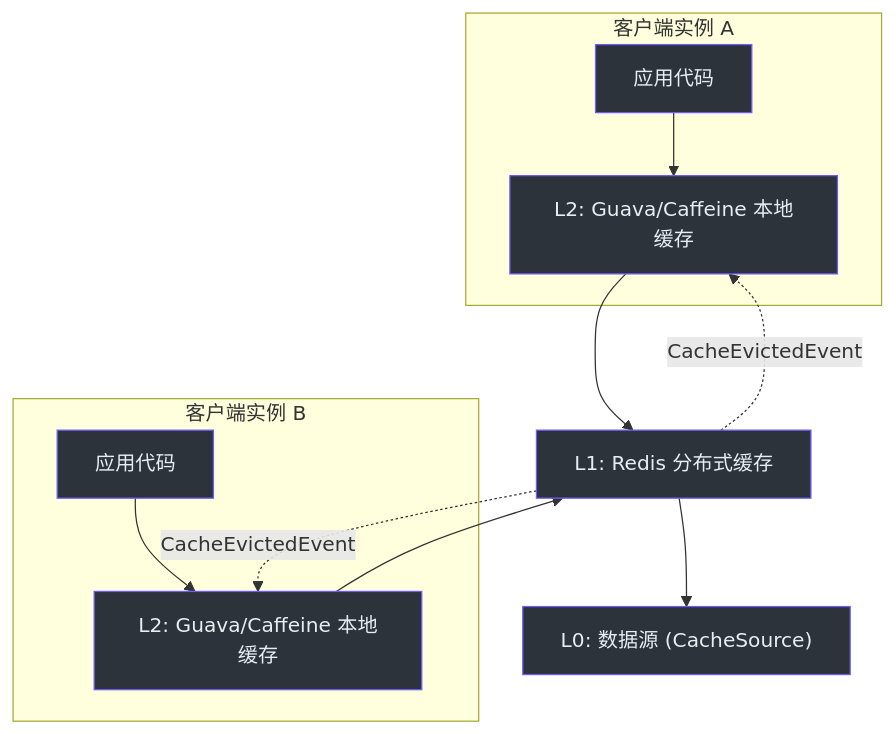
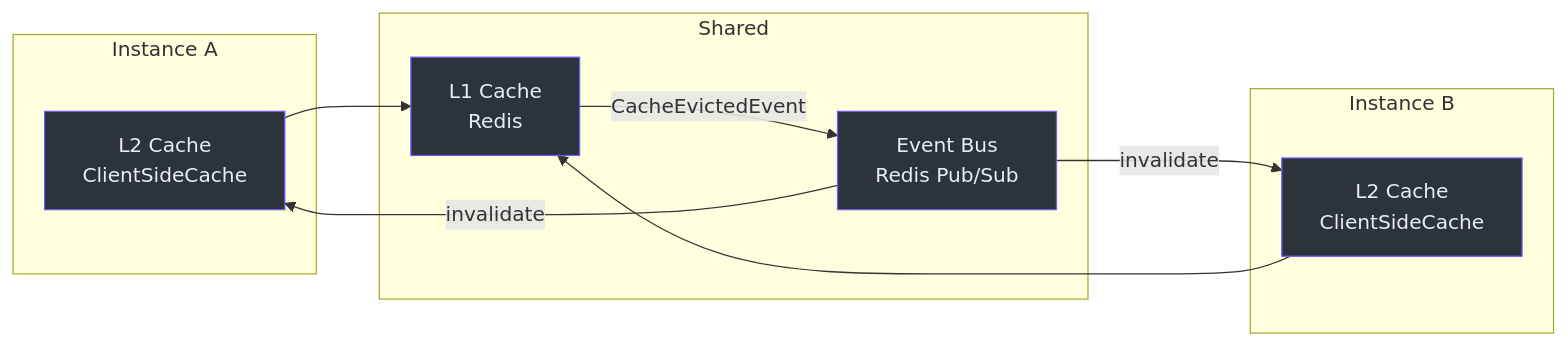
The second of 4 diagrams in wiki/zh/guide/index.md (Ahoo-Wang/CoCache), drawn with Mermaid before and after one commit. The commit also changed other lines of this file and 25 other files, not shown here.

````diff
--- a/wiki/zh/guide/index.md
+++ b/wiki/zh/guide/index.md
@@ -18,21 +56,24 @@
 ```mermaid
-graph TB
-    subgraph sg_125 ["客户端实例 A"]
-        AppA["应用代码"] --> L2A["L2: Guava/Caffeine 本地缓存"]
+graph LR
+    subgraph sg_23 ["Instance A"]
+        L2A["L2 Cache<br>ClientSideCache"]
     end
-    subgraph sg_126 ["客户端实例 B"]
-        AppB["应用代码"] --> L2B["L2: Guava/Caffeine 本地缓存"]
+    subgraph sg_24 ["Instance B"]
+        L2B["L2 Cache<br>ClientSideCache"]
     end
-    L2A --> L1["L1: Redis 分布式缓存"]
+    subgraph sg_25 ["Shared"]
+        L1["L1 Cache<br>Redis"]
+        EB["Event Bus<br>Redis Pub/Sub"]
+    end
+
+    L2A --> L1
     L2B --> L1
-    L1 --> L0["L0: 数据源 (CacheSource)"]
-    L1 -.->|CacheEvictedEvent| L2A
-    L1 -.->|CacheEvictedEvent| L2B
+    L1 -->|"CacheEvictedEvent"| EB
+    EB -->|"invalidate"| L2A
+    EB -->|"invalidate"| L2B
 
     style L2A fill:#2d333b,stroke:#6d5dfc,color:#e6edf3
     style L2B fill:#2d333b,stroke:#6d5dfc,color:#e6edf3
     style L1 fill:#2d333b,stroke:#6d5dfc,color:#e6edf3
-    style L0 fill:#2d333b,stroke:#6d5dfc,color:#e6edf3
-    style AppA fill:#2d333b,stroke:#6d5dfc,color:#e6edf3
-    style AppB fill:#2d333b,stroke:#6d5dfc,color:#e6edf3
+    style EB fill:#2d333b,stroke:#6d5dfc,color:#e6edf3
 ```
````
